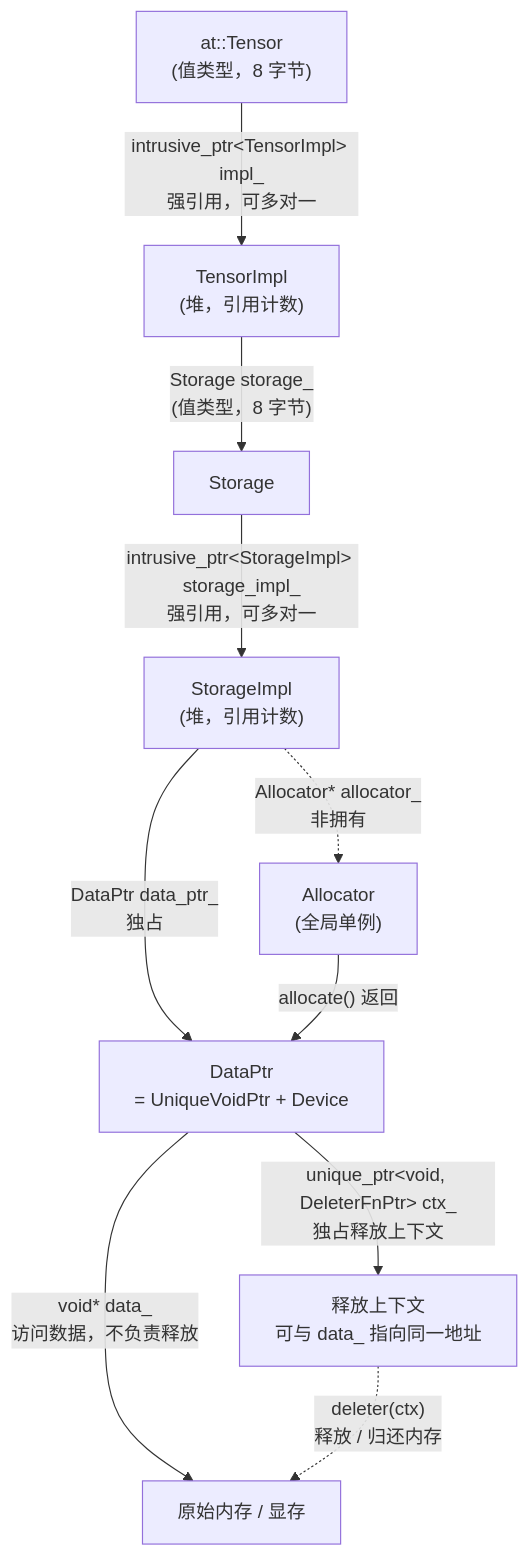
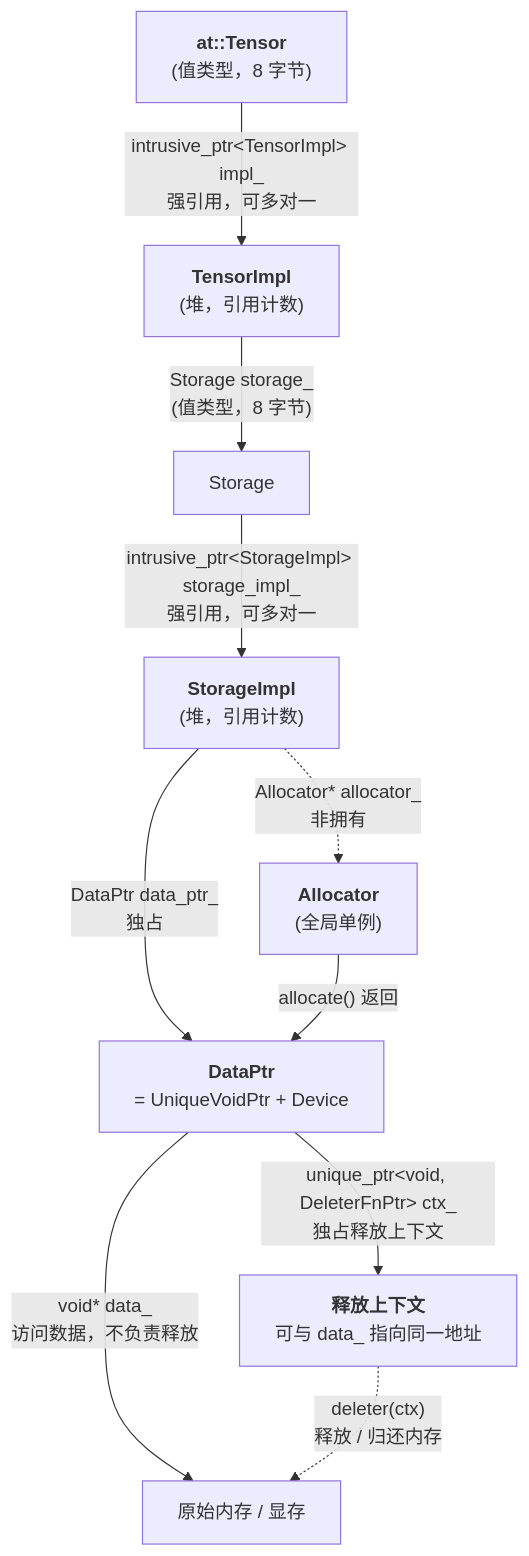
The diagram in _posts/2026-02-06-cpp-value-semantics-ownership-and-raii.md (arganzheng/arganzheng.github.com), drawn with Mermaid before and after one commit. The commit also changed 7 other files, not shown here.

First line of the commit message:
C++ 在 AI-Infra：从对象模型到算子扩展：Mermaid 多行方框的首行标为标题（8 篇）

````diff
--- a/_posts/2026-02-06-cpp-value-semantics-ownership-and-raii.md
+++ b/_posts/2026-02-06-cpp-value-semantics-ownership-and-raii.md
@@ -1806,13 +1806,13 @@
 ```mermaid
 %% 图：Tensor 的持有链：共享对象、独占释放上下文与非拥有指针
 flowchart TB
-    T["at::Tensor<br/>(值类型，8 字节)"] -->|"intrusive_ptr&lt;TensorImpl&gt; impl_<br/>强引用，可多对一"| TI["TensorImpl<br/>(堆，引用计数)"]
+    T["<b>at::Tensor</b><br/>(值类型，8 字节)"] -->|"intrusive_ptr&lt;TensorImpl&gt; impl_<br/>强引用，可多对一"| TI["<b>TensorImpl</b><br/>(堆，引用计数)"]
     TI -->|"Storage storage_<br/>(值类型，8 字节)"| S["Storage"]
-    S -->|"intrusive_ptr&lt;StorageImpl&gt; storage_impl_<br/>强引用，可多对一"| SI["StorageImpl<br/>(堆，引用计数)"]
-    SI -->|"DataPtr data_ptr_<br/>独占"| DP["DataPtr<br/>= UniqueVoidPtr + Device"]
+    S -->|"intrusive_ptr&lt;StorageImpl&gt; storage_impl_<br/>强引用，可多对一"| SI["<b>StorageImpl</b><br/>(堆，引用计数)"]
+    SI -->|"DataPtr data_ptr_<br/>独占"| DP["<b>DataPtr</b><br/>= UniqueVoidPtr + Device"]
     DP -->|"void* data_<br/>访问数据，不负责释放"| MEM["原始内存 / 显存"]
-    DP -->|"unique_ptr&lt;void, DeleterFnPtr&gt; ctx_<br/>独占释放上下文"| CTX["释放上下文<br/>可与 data_ 指向同一地址"]
+    DP -->|"unique_ptr&lt;void, DeleterFnPtr&gt; ctx_<br/>独占释放上下文"| CTX["<b>释放上下文</b><br/>可与 data_ 指向同一地址"]
     CTX -.->|"deleter(ctx)<br/>释放 / 归还内存"| MEM
-    SI -.->|"Allocator* allocator_<br/>非拥有"| A["Allocator<br/>(全局单例)"]
+    SI -.->|"Allocator* allocator_<br/>非拥有"| A["<b>Allocator</b><br/>(全局单例)"]
     A -->|"allocate() 返回"| DP
 ```
````
